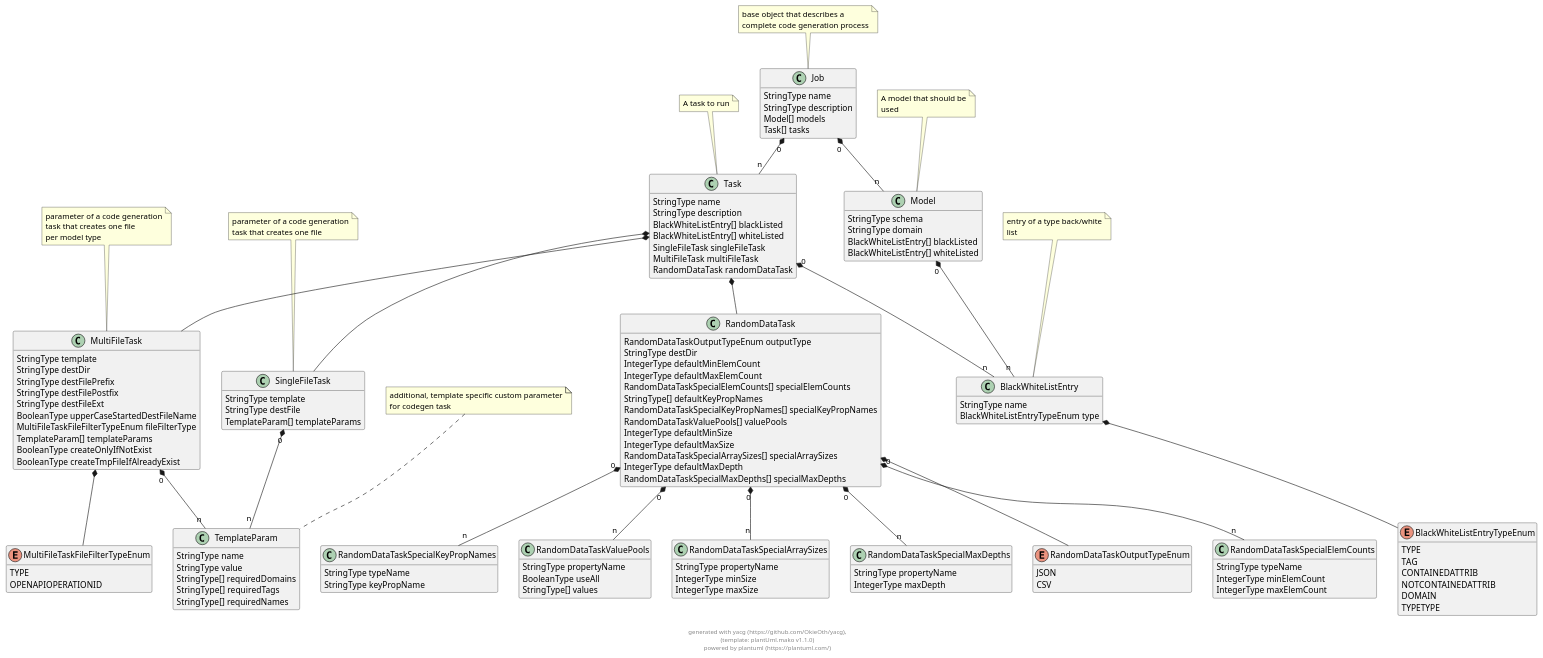
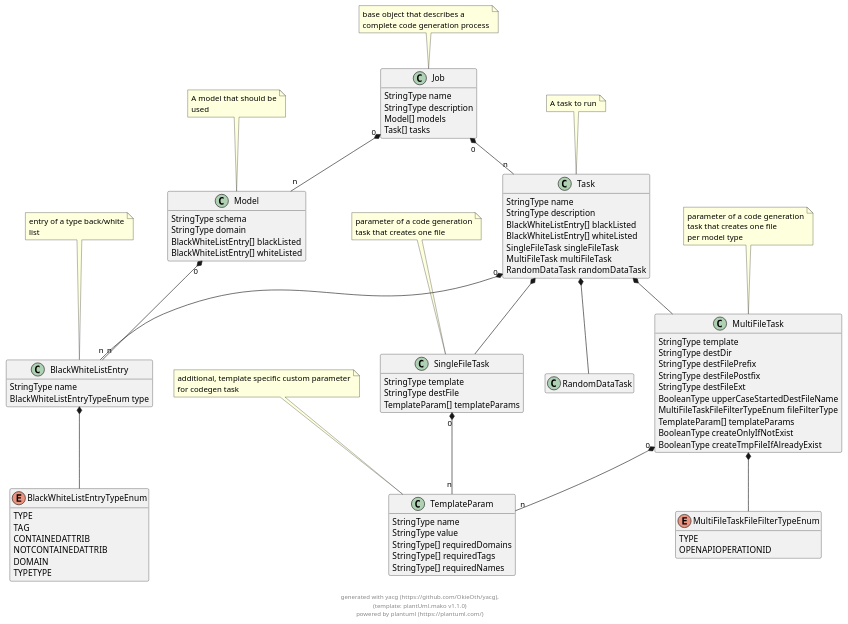
The diagram in docs/puml/yacg_config_schema.puml (OkieOth/yacg), drawn with PlantUML before and after one commit. The commit also changed 6 other files, not shown here.

```diff
--- a/docs/puml/yacg_config_schema.puml
+++ b/docs/puml/yacg_config_schema.puml
@@ -90,58 +90,6 @@
 
 
 class RandomDataTask {
-        RandomDataTaskOutputTypeEnum outputType
-        StringType destDir
-        IntegerType defaultMinElemCount
-        IntegerType defaultMaxElemCount
-        RandomDataTaskSpecialElemCounts[] specialElemCounts
-        StringType[] defaultKeyPropNames
-        RandomDataTaskSpecialKeyPropNames[] specialKeyPropNames
-        RandomDataTaskValuePools[] valuePools
-        IntegerType defaultMinSize
-        IntegerType defaultMaxSize
-        RandomDataTaskSpecialArraySizes[] specialArraySizes
-        IntegerType defaultMaxDepth
-        RandomDataTaskSpecialMaxDepths[] specialMaxDepths
-}
-
-
-enum RandomDataTaskOutputTypeEnum {
-    JSON
-    CSV
-}
-
-
-class RandomDataTaskSpecialElemCounts {
-        StringType typeName
-        IntegerType minElemCount
-        IntegerType maxElemCount
-}
-
-
-class RandomDataTaskSpecialKeyPropNames {
-        StringType typeName
-        StringType keyPropName
-}
-
-
-class RandomDataTaskValuePools {
-        StringType propertyName
-        BooleanType useAll
-        StringType[] values
-}
-
-
-class RandomDataTaskSpecialArraySizes {
-        StringType propertyName
-        IntegerType minSize
-        IntegerType maxSize
-}
-
-
-class RandomDataTaskSpecialMaxDepths {
-        StringType propertyName
-        IntegerType maxDepth
 }
 
 
@@ -213,50 +161,6 @@
 
     
     
-RandomDataTask  *--  RandomDataTaskOutputTypeEnum
-            
-
-
-
-
-RandomDataTask "0" *-- "n" RandomDataTaskSpecialElemCounts
-            
-
-
-RandomDataTask "0" *-- "n" RandomDataTaskSpecialKeyPropNames
-            
-
-RandomDataTask "0" *-- "n" RandomDataTaskValuePools
-            
-
-
-
-RandomDataTask "0" *-- "n" RandomDataTaskSpecialArraySizes
-            
-
-
-RandomDataTask "0" *-- "n" RandomDataTaskSpecialMaxDepths
-            
-
-    
-    
-
-
-
-    
-
-
-    
-
-
-
-    
-
-
-
-    
-
-
 
 footer \ngenerated with yacg (https://github.com/OkieOth/yacg),\n(template: plantUml.mako v1.1.0)\npowered by plantuml (https://plantuml.com/)
 @enduml
```
